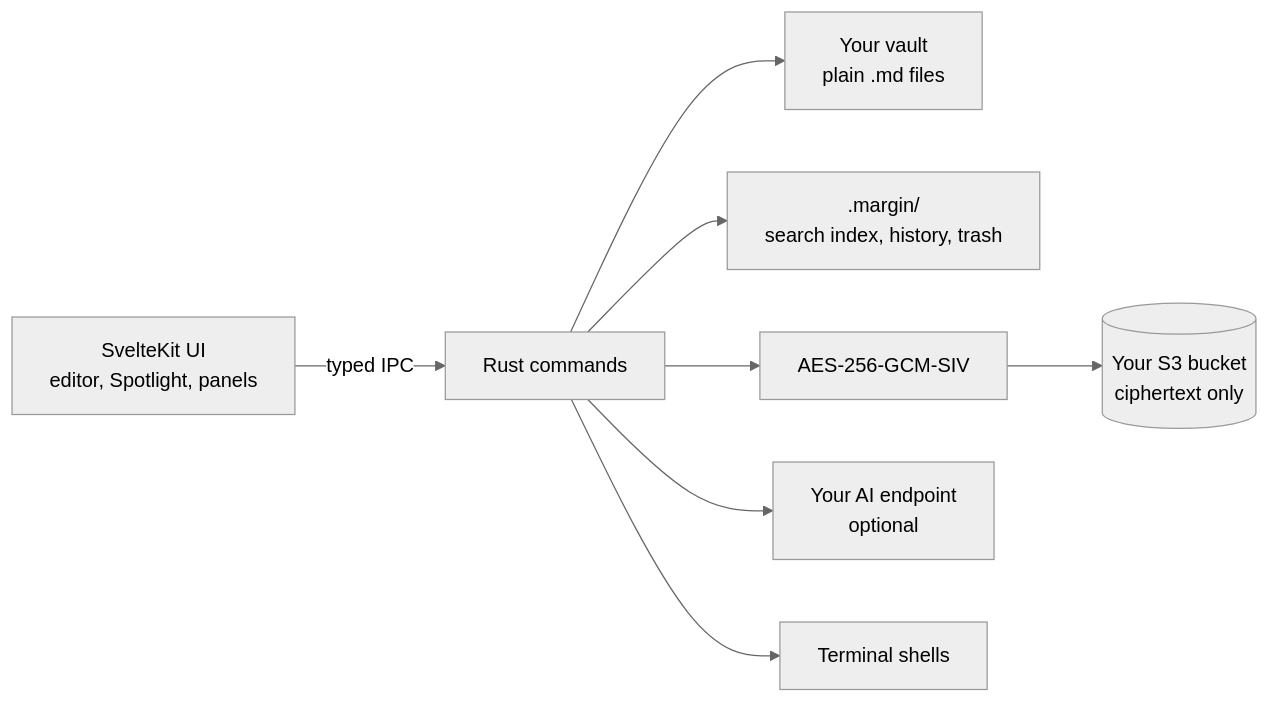
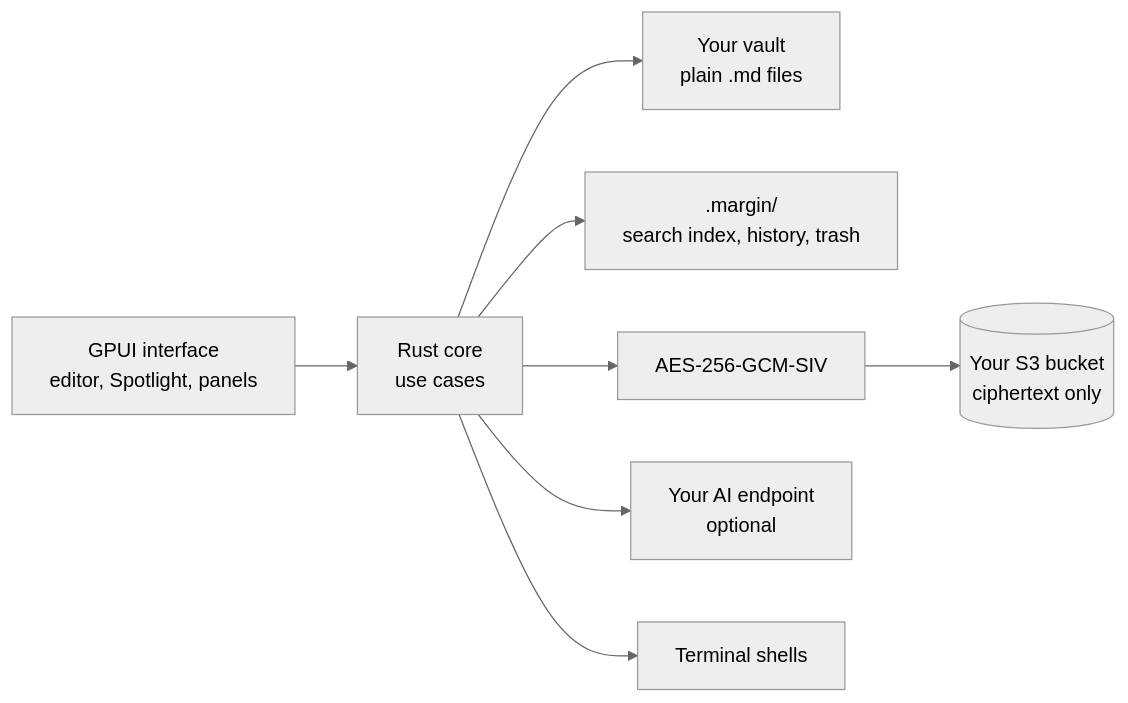
Before and after one commit to lowsbarrel/margin: the diagram in README.md, drawn with Mermaid (neutral theme). The commit also changed other lines of this file and 799 other files, not shown here.

Commit message:
feat: start native gpui rewrite with hexagonal rust core

````diff
--- a/README.md
+++ b/README.md
@@ -143,10 +140,10 @@
 ```mermaid
 flowchart LR
-  UI["SvelteKit UI<br/>editor, Spotlight, panels"] -->|typed IPC| Rust["Rust commands"]
-  Rust --> Vault["Your vault<br/>plain .md files"]
-  Rust --> Local[".margin/<br/>search index, history, trash"]
-  Rust --> Crypto["AES-256-GCM-SIV"]
+  UI["GPUI interface<br/>editor, Spotlight, panels"] --> Core["Rust core<br/>use cases"]
+  Core --> Vault["Your vault<br/>plain .md files"]
+  Core --> Local[".margin/<br/>search index, history, trash"]
+  Core --> Crypto["AES-256-GCM-SIV"]
   Crypto --> Bucket[("Your S3 bucket<br/>ciphertext only")]
-  Rust --> AI["Your AI endpoint<br/>optional"]
-  Rust --> Shells["Terminal shells"]
+  Core --> AI["Your AI endpoint<br/>optional"]
+  Core --> Shells["Terminal shells"]
 ```
````
